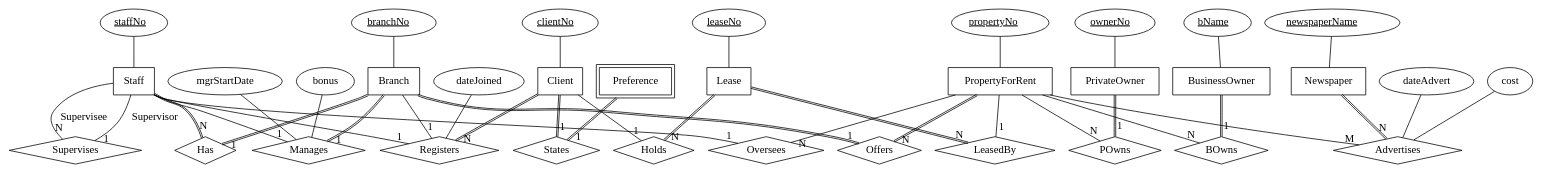
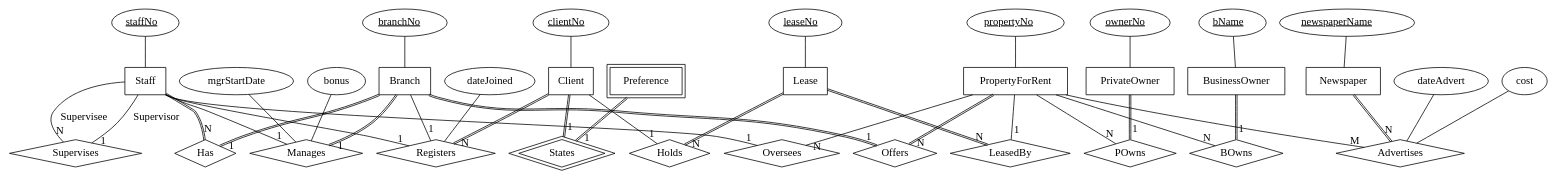
One commit to jamesWalker55/erd-render changed the diagram in diagrams/property.gv. Above: the diagram before and after it, drawn with Graphviz. The commit also changed 2 other files, not shown here.

Commit message:
Set the "States" relation to be identifying

```diff
--- a/diagrams/property.gv
+++ b/diagrams/property.gv
@@ -1,78 +1,78 @@
 graph "graph" {
 	graph [K=0.4 repulsiveforce=4 smoothing=spring]
 	node [shape=box]
 	1 [label=Staff]
 	2 [label=Branch]
 	3 [label=Client]
 	4 [label=Lease]
 	5 [label=Preference peripheries=2]
 	6 [label=PropertyForRent]
 	7 [label=PrivateOwner]
 	8 [label=BusinessOwner]
 	9 [label=Newspaper]
 	node [shape=diamond]
 	10 [label=Supervises]
 	1 -- 10 [label=Supervisor headlabel=1 labeldistance=1.5]
 	1 -- 10 [label=Supervisee headlabel=N labeldistance=1.5]
 	11 [label=Manages]
 	1 -- 11 [headlabel=1 labeldistance=1.5]
 	2 -- 11 [color="black:black" headlabel=1 labeldistance=1.5]
 	12 [label=Has]
 	2 -- 12 [color="black:black" headlabel=1 labeldistance=1.5]
 	1 -- 12 [color="black:black" headlabel=N labeldistance=1.5]
 	13 [label=Registers]
 	1 -- 13 [headlabel=1 labeldistance=1.5]
 	2 -- 13 [headlabel=1 labeldistance=1.5]
 	3 -- 13 [color="black:black" headlabel=N labeldistance=1.5]
-	14 [label=States]
+	14 [label=States peripheries=2]
 	3 -- 14 [color="black:black" headlabel=1 labeldistance=1.5]
 	5 -- 14 [color="black:black" headlabel=1 labeldistance=1.5]
 	15 [label=Holds]
 	3 -- 15 [headlabel=1 labeldistance=1.5]
 	4 -- 15 [color="black:black" headlabel=N labeldistance=1.5]
 	16 [label=LeasedBy]
 	4 -- 16 [color="black:black" headlabel=N labeldistance=1.5]
 	6 -- 16 [headlabel=1 labeldistance=1.5]
 	17 [label=Oversees]
 	1 -- 17 [headlabel=1 labeldistance=1.5]
 	6 -- 17 [headlabel=N labeldistance=1.5]
 	18 [label=Offers]
 	2 -- 18 [color="black:black" headlabel=1 labeldistance=1.5]
 	6 -- 18 [color="black:black" headlabel=N labeldistance=1.5]
 	19 [label=POwns]
 	7 -- 19 [color="black:black" headlabel=1 labeldistance=1.5]
 	6 -- 19 [headlabel=N labeldistance=1.5]
 	20 [label=BOwns]
 	8 -- 20 [color="black:black" headlabel=1 labeldistance=1.5]
 	6 -- 20 [headlabel=N labeldistance=1.5]
 	21 [label=Advertises]
 	9 -- 21 [color="black:black" headlabel=N labeldistance=1.5]
 	6 -- 21 [headlabel=M labeldistance=1.5]
 	node [shape=oval]
 	22 [label=<<U>staffNo</U>>]
 	22 -- 1
 	23 [label=<<U>branchNo</U>>]
 	23 -- 2
 	24 [label=<<U>clientNo</U>>]
 	24 -- 3
 	25 [label=<<U>leaseNo</U>>]
 	25 -- 4
 	26 [label=<<U>propertyNo</U>>]
 	26 -- 6
 	27 [label=<<U>ownerNo</U>>]
 	27 -- 7
 	28 [label=<<U>bName</U>>]
 	28 -- 8
 	29 [label=<<U>newspaperName</U>>]
 	29 -- 9
 	30 [label=mgrStartDate]
 	30 -- 11
 	31 [label=bonus]
 	31 -- 11
 	32 [label=dateJoined]
 	32 -- 13
 	33 [label=dateAdvert]
 	33 -- 21
 	34 [label=cost]
 	34 -- 21
 }
```
